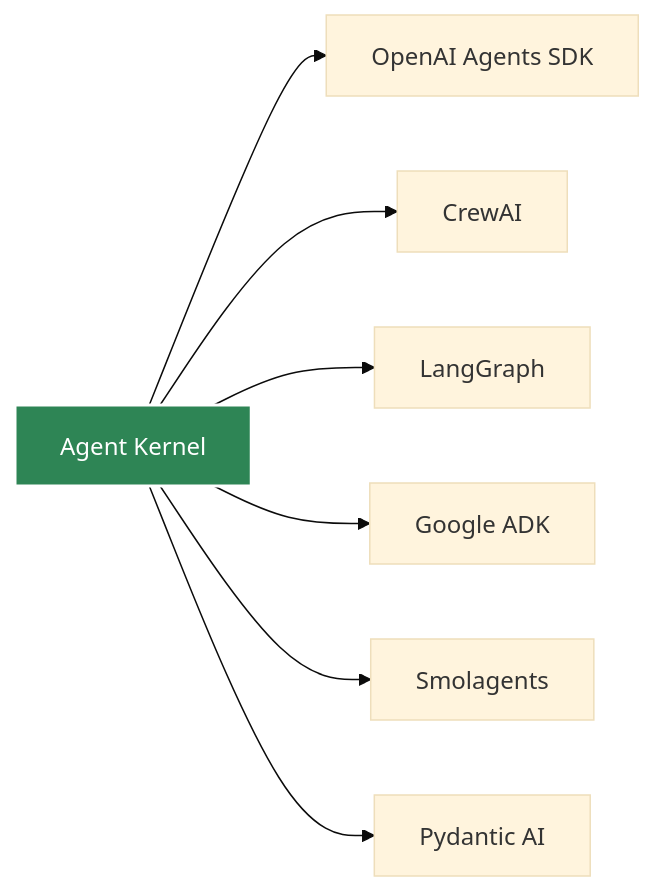
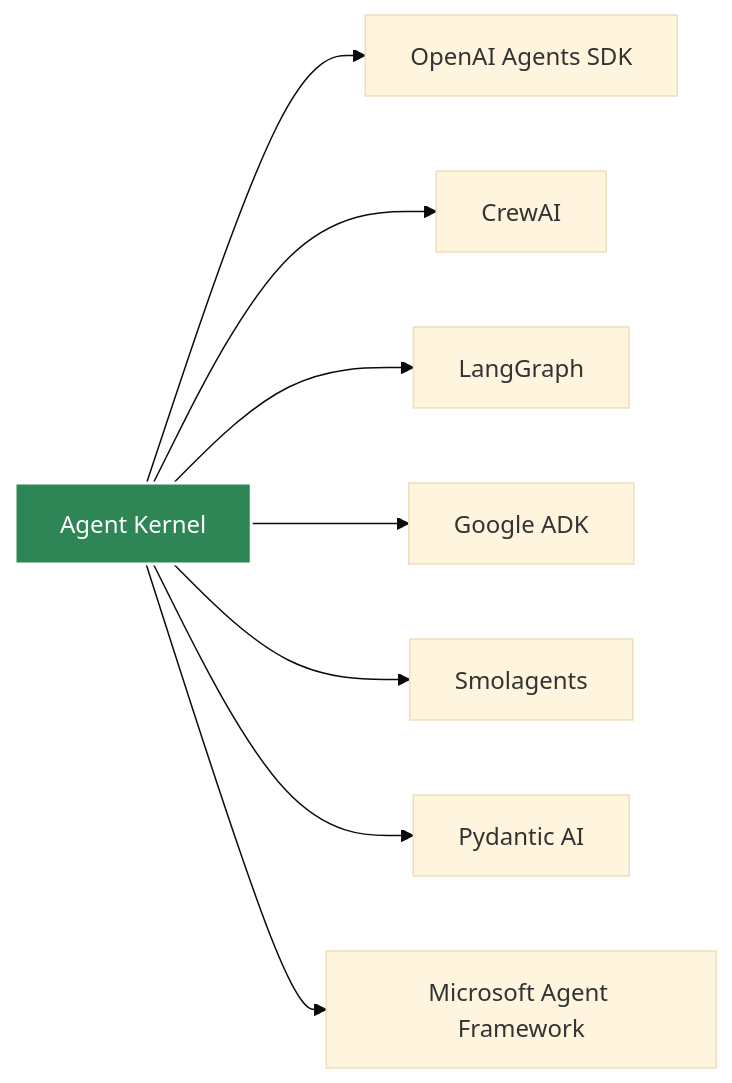
One commit to pulindu-yl/agent-kernel changed the diagram in docs/docs/frameworks/overview.md. Above: the diagram before and after it, drawn with Mermaid (base theme). The commit also changed other lines of this file and 106 other files, not shown here.

````diff
--- a/docs/docs/frameworks/overview.md
+++ b/docs/docs/frameworks/overview.md
@@ -11,11 +11,12 @@
 ```mermaid
 graph LR
     A[Agent Kernel] --> B[OpenAI Agents SDK]
     A --> C[CrewAI]
     A --> D[LangGraph]
     A --> E[Google ADK]
     A --> F[Smolagents]
     A --> G[Pydantic AI]
+    A --> M[Microsoft Agent Framework]
     
     style A fill:#2e8555,stroke:#fff,stroke-width:2px,color:#fff
 ```
````
